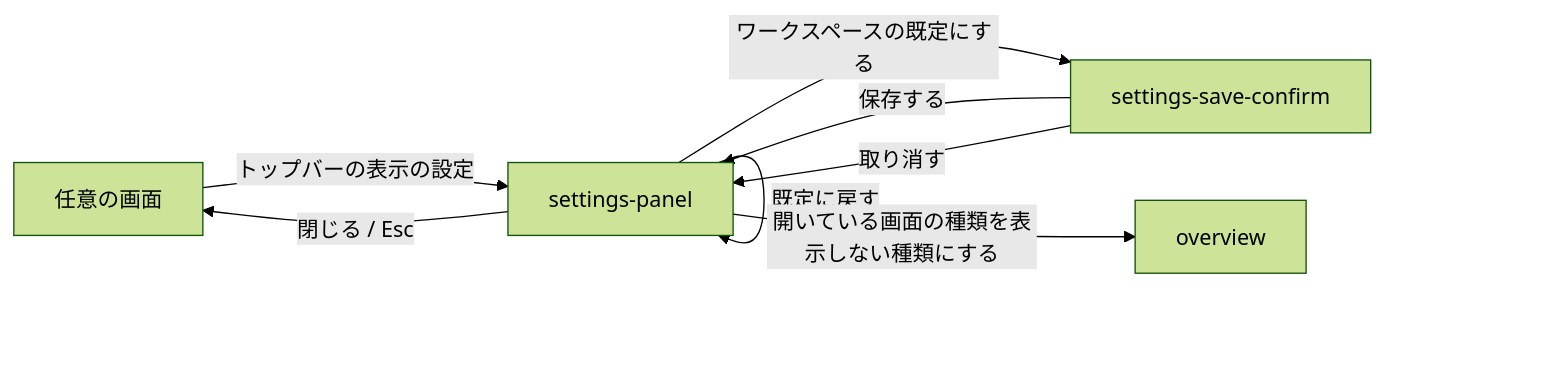
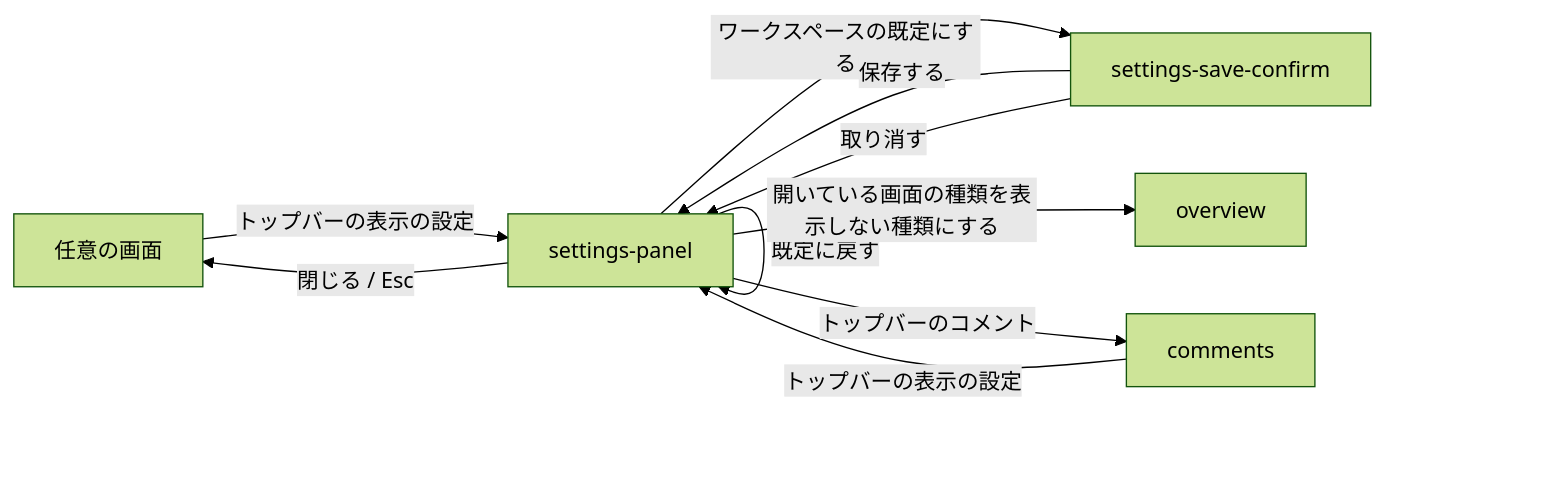
One commit to shuhei1101/mindstella changed the diagram in dev/pr/95/プレビュー.md. Above: the diagram before and after it, drawn with Mermaid (forest theme). The commit also changed other lines of this file, not shown here.

Commit message:
docs: 表示の設定のパネルの出し方とコメントの一覧との開き方を書く

````diff
--- a/dev/pr/95/プレビュー.md
+++ b/dev/pr/95/プレビュー.md
@@ -76,11 +76,13 @@
 ```mermaid
 flowchart LR
   T[任意の画面] -->|トップバーの表示の設定| P[settings-panel]
   P -->|見た目・表示する種類を選ぶ| P
   P -->|既定に戻す| P
   P -->|閉じる / Esc| T
   P -->|ワークスペースの既定にする| C[settings-save-confirm]
   C -->|保存する| P
   C -->|取り消す| P
   P -->|開いている画面の種類を表示しない種類にする| O[overview]
+  P -->|トップバーのコメント| M[comments]
+  M -->|トップバーの表示の設定| P
 ```
````
